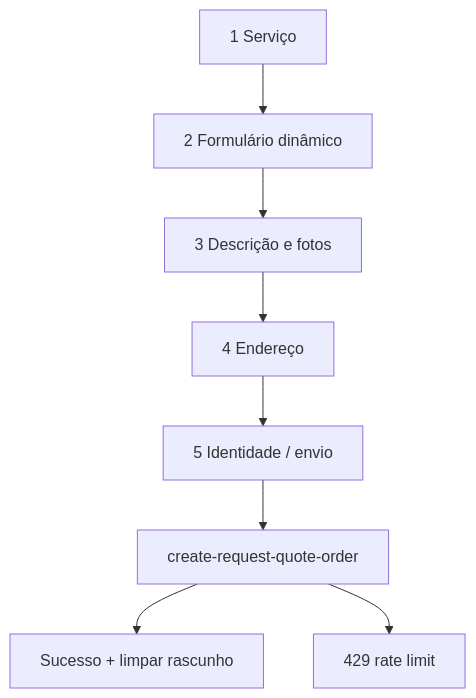
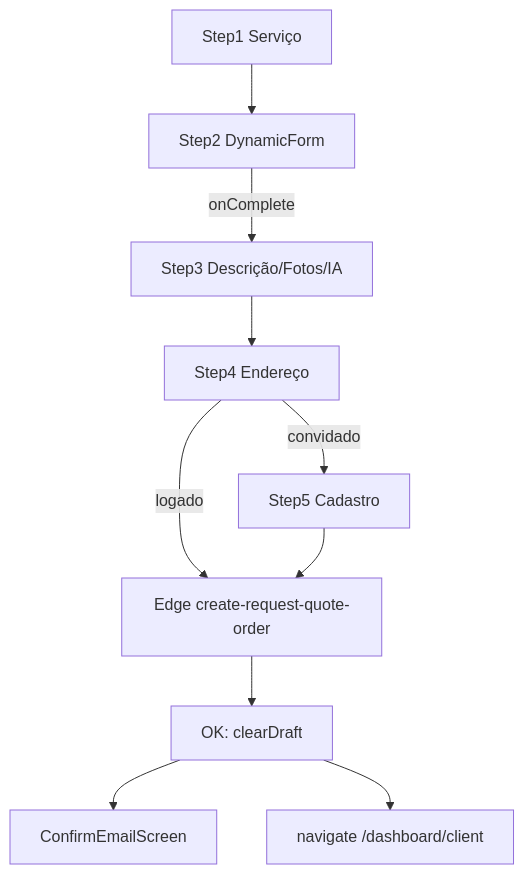
One commit to higorpo/renovi-orbit-test changed the diagram in docs/business/modulos/request-quote/features/pedir-orcamento.md. Above: the diagram before and after it, drawn with Mermaid. The commit also changed other lines of this file and 19 other files, not shown here.

````diff
--- a/docs/business/modulos/request-quote/features/pedir-orcamento.md
+++ b/docs/business/modulos/request-quote/features/pedir-orcamento.md
@@ -37,10 +223,12 @@
 ```mermaid
 flowchart TD
-  S1[1 Serviço] --> S2[2 Formulário dinâmico]
-  S2 --> S3[3 Descrição e fotos]
-  S3 --> S4[4 Endereço]
-  S4 --> S5[5 Identidade / envio]
-  S5 --> E[create-request-quote-order]
-  E --> OK[Sucesso + limpar rascunho]
-  E --> RL[429 rate limit]
+  S1[Step1 Serviço] --> S2[Step2 DynamicForm]
+  S2 -->|onComplete| S3[Step3 Descrição/Fotos/IA]
+  S3 --> S4[Step4 Endereço]
+  S4 -->|convidado| S5[Step5 Cadastro]
+  S4 -->|logado| EF[Edge create-request-quote-order]
+  S5 --> EF
+  EF --> OK[OK: clearDraft]
+  OK --> CE[ConfirmEmailScreen] 
+  OK --> NAV[navigate /dashboard/client]
 ```
````
